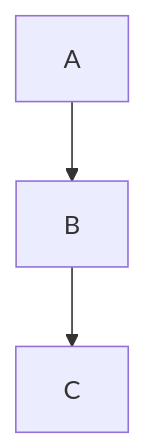
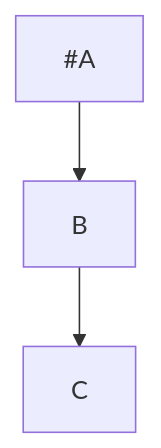
One commit to Marcus-Snell/Test changed the diagram in mermaid.md. Above: the diagram before and after it, drawn with Mermaid.

````diff
--- a/mermaid.md
+++ b/mermaid.md
@@ -1,7 +1,6 @@
 ```mermaid
 graph TB;
-A-->B
-C;
+#A-->B;
 B-->C;
 
 ```
````
